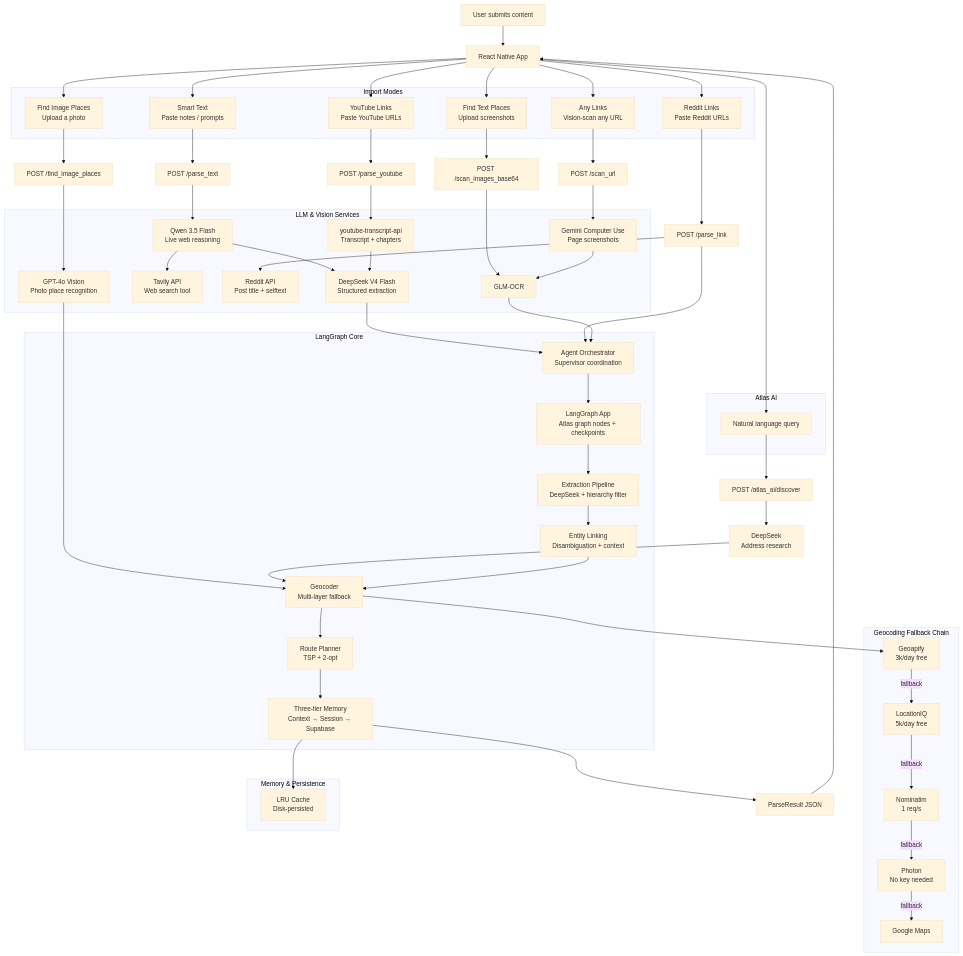
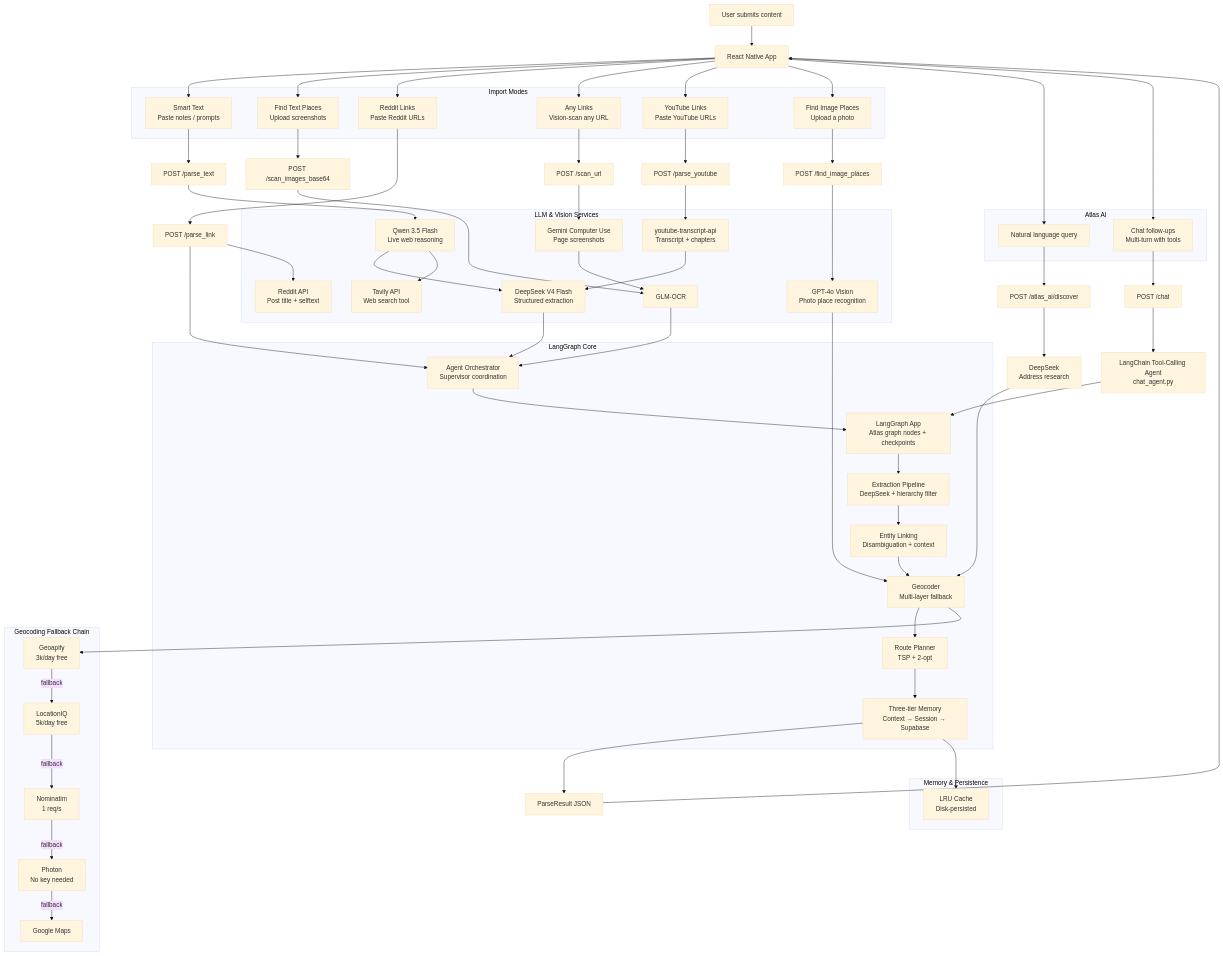
Before and after one commit to zjwang168/atlas-mobile: the first of 9 diagrams in README.md, drawn with Mermaid (base theme). The commit also changed other lines of this file, not shown here.

First line of the commit message:
update architecture diagrams for the LangChain chat agent

```diff
--- a/README.md
+++ b/README.md
@@ -27,6 +27,7 @@
 
     subgraph "Atlas AI"
         AA[Natural language query]
+        CH[Chat follow-ups<br/>Multi-turn with tools]
     end
 
     App --> ST
@@ -36,6 +37,7 @@
     App --> YT
     App --> IF
     App --> AA
+    App --> CH
 
     RL --> PL[POST /parse_link]
     ST --> PT[POST /parse_text]
@@ -44,6 +46,9 @@
     YT --> YP[POST /parse_youtube]
     IF --> FP[POST /find_image_places]
     AA --> DA[POST /atlas_ai/discover]
+    CH --> CE[POST /chat]
+    CE --> LCA[LangChain Tool-Calling Agent<br/>chat_agent.py]
+    LCA --> LG
 
     subgraph "LLM & Vision Services"
         QW[Qwen 3.5 Flash<br/>Live web reasoning]
```
